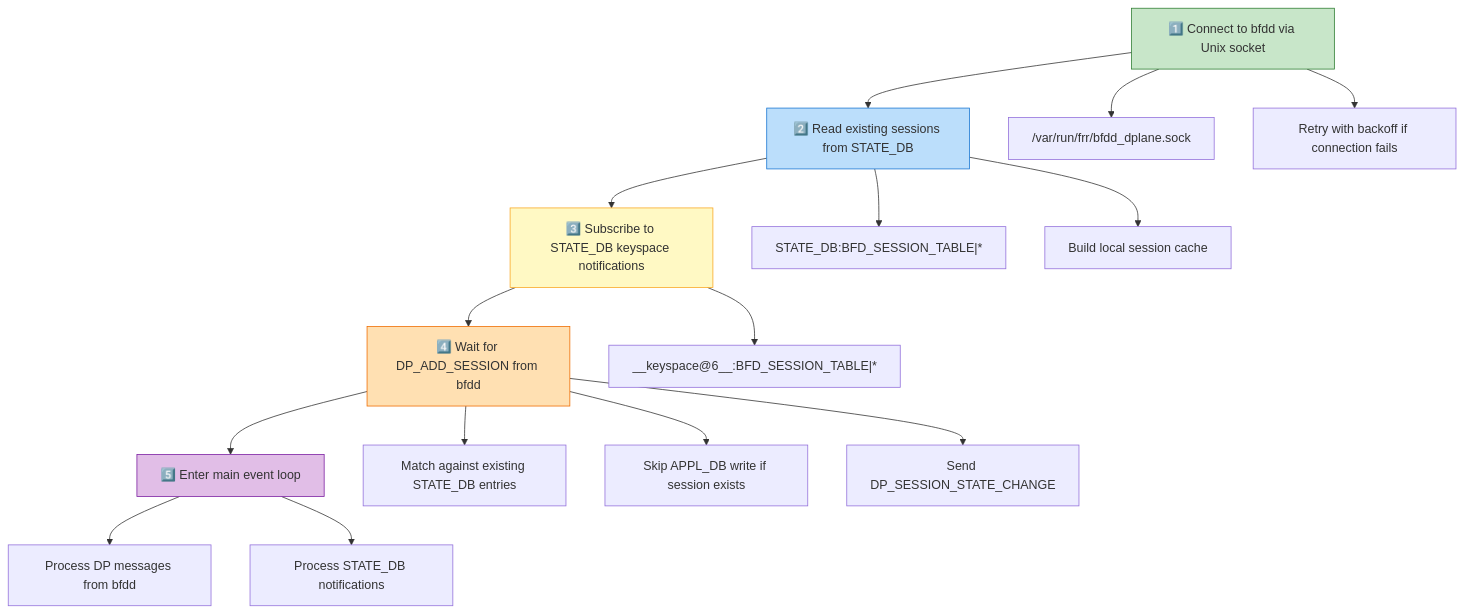
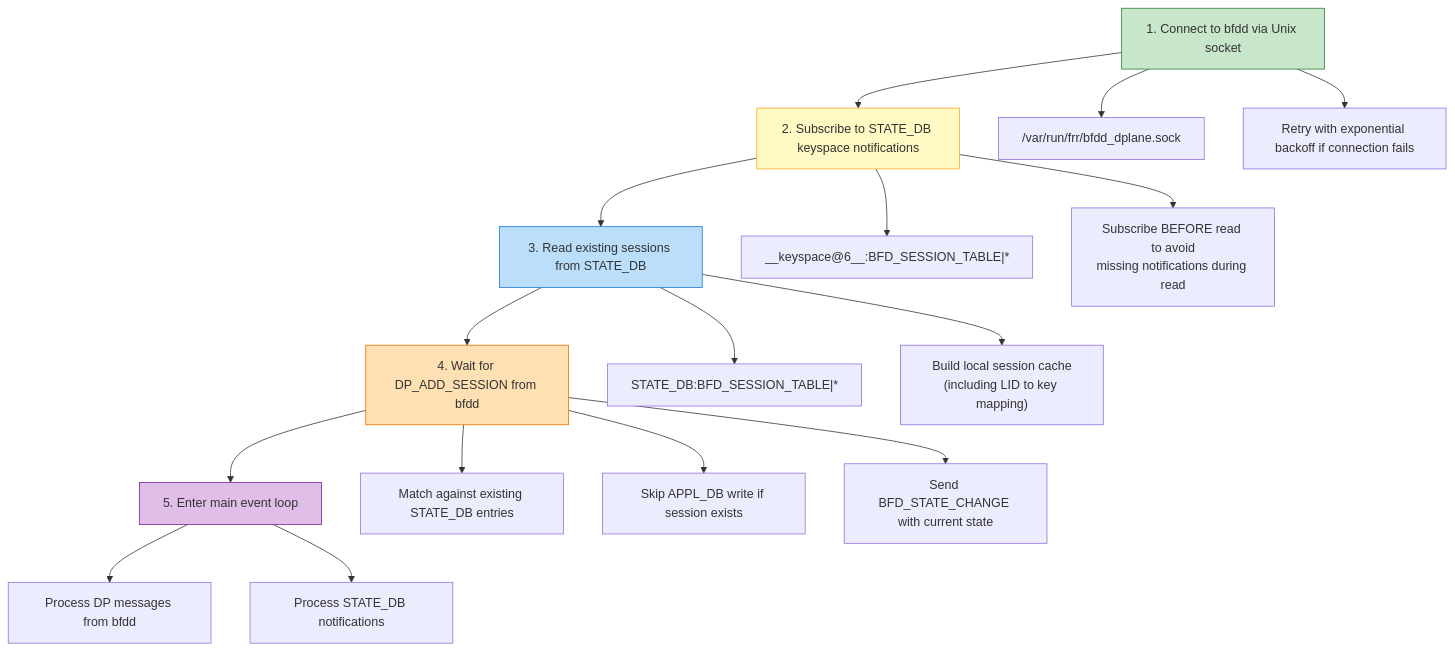
Diagram 13 of 13 in doc/bfd/BFD_Syncd_HLD.md (sonic-net/SONiC), drawn with Mermaid before and after one commit. The commit also changed other lines of this file, not shown here.

Commit message:
Update BFD_Syncd_HLD.md with v0.2

````diff
--- a/doc/bfd/BFD_Syncd_HLD.md
+++ b/doc/bfd/BFD_Syncd_HLD.md
@@ -385,28 +1466,29 @@
 ```mermaid
 flowchart TD
-    A["1️⃣ Connect to bfdd via Unix socket"] --> B["2️⃣ Read existing sessions from STATE_DB"]
-    B --> C["3️⃣ Subscribe to STATE_DB keyspace notifications"]
-    C --> D["4️⃣ Wait for DP_ADD_SESSION from bfdd"]
-    D --> E["5️⃣ Enter main event loop"]
+    A["1. Connect to bfdd via Unix socket"] --> B["2. Subscribe to STATE_DB keyspace notifications"]
+    B --> C["3. Read existing sessions from STATE_DB"]
+    C --> D["4. Wait for DP_ADD_SESSION from bfdd"]
+    D --> E["5. Enter main event loop"]
 
     A --> A1["/var/run/frr/bfdd_dplane.sock"]
-    A --> A2["Retry with backoff if connection fails"]
+    A --> A2["Retry with exponential backoff if connection fails"]
 
-    B --> B1["STATE_DB:BFD_SESSION_TABLE|*"]
-    B --> B2["Build local session cache"]
+    B --> B1["__keyspace@6__:BFD_SESSION_TABLE|*"]
+    B --> B2["Subscribe BEFORE read to avoid\nmissing notifications during read"]
 
-    C --> C1["__keyspace@6__:BFD_SESSION_TABLE|*"]
+    C --> C1["STATE_DB:BFD_SESSION_TABLE|*"]
+    C --> C2["Build local session cache\n(including LID to key mapping)"]
 
     D --> D1["Match against existing STATE_DB entries"]
     D --> D2["Skip APPL_DB write if session exists"]
-    D --> D3["Send DP_SESSION_STATE_CHANGE"]
+    D --> D3["Send BFD_STATE_CHANGE with current state"]
 
     E --> E1["Process DP messages from bfdd"]
     E --> E2["Process STATE_DB notifications"]
 
     style A fill:#c8e6c9,stroke:#2e7d32
-    style B fill:#bbdefb,stroke:#1976d2
-    style C fill:#fff9c4,stroke:#f9a825
+    style B fill:#fff9c4,stroke:#f9a825
+    style C fill:#bbdefb,stroke:#1976d2
     style D fill:#ffe0b2,stroke:#ef6c00
     style E fill:#e1bee7,stroke:#7b1fa2
 ```
````
